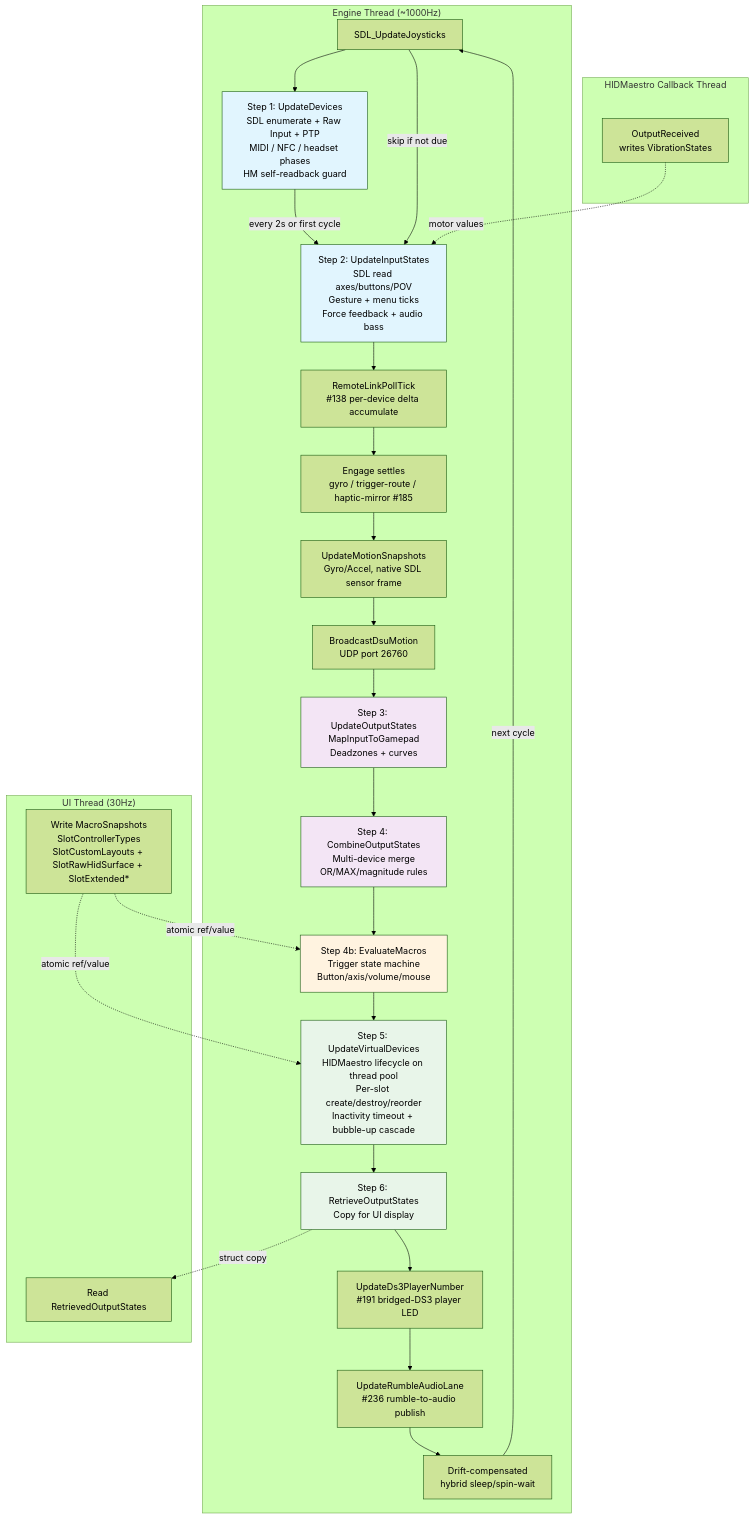
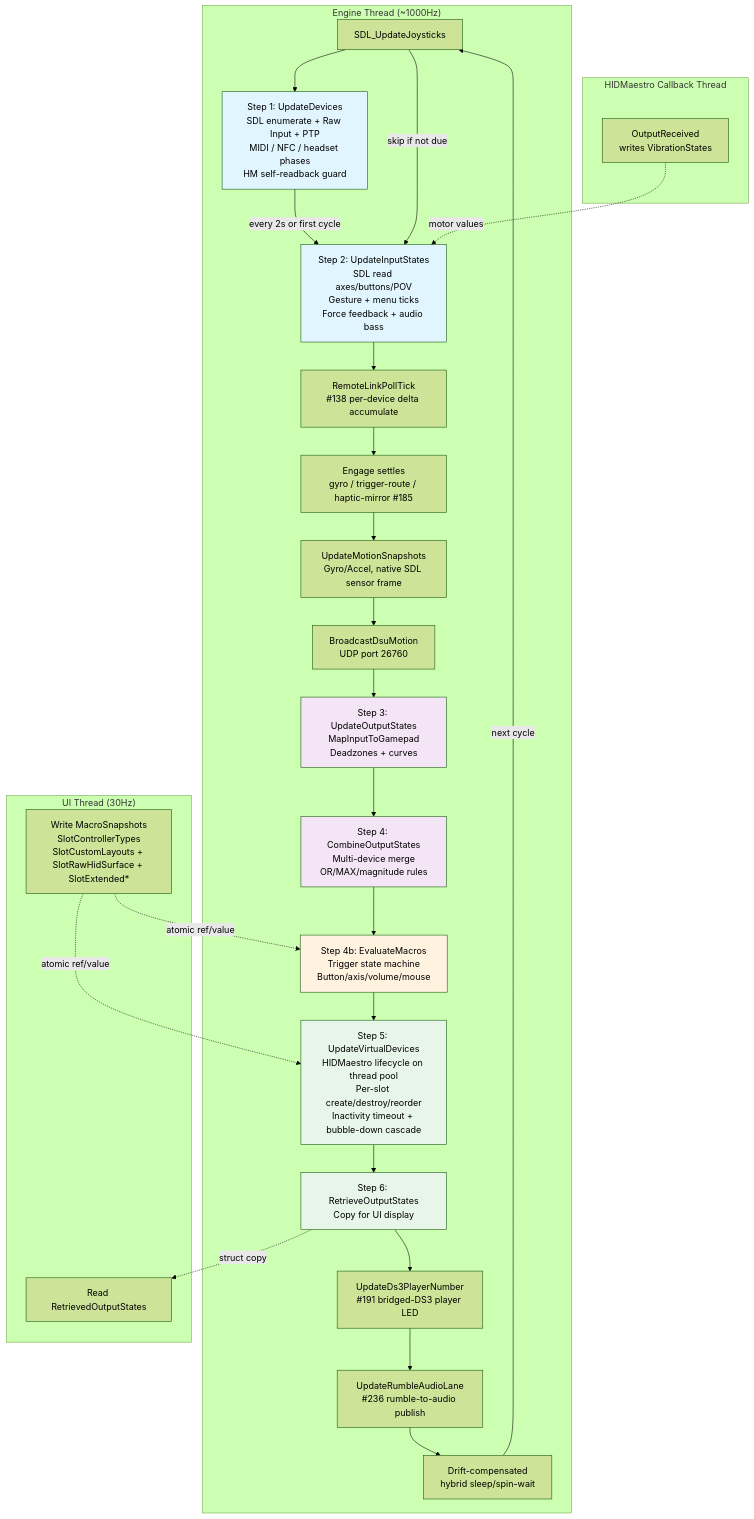
One commit to hifihedgehog/padforge.org changed the diagram in wiki/reference/input-pipeline.md. Above: the diagram before and after it, drawn with Mermaid (forest theme). The commit also changed other lines of this file and 143 other files, not shown here.

````diff
--- a/wiki/reference/input-pipeline.md
+++ b/wiki/reference/input-pipeline.md
@@ -9,59 +9,59 @@
 ```mermaid
 graph TD
     subgraph "Engine Thread (~1000Hz)"
         SDL[SDL_UpdateJoysticks]
         S1[Step 1: UpdateDevices<br/>SDL enumerate + Raw Input + PTP<br/>MIDI / NFC / headset phases<br/>HM self-readback guard]
         S2[Step 2: UpdateInputStates<br/>SDL read axes/buttons/POV<br/>Gesture + menu ticks<br/>Force feedback + audio bass]
         RL[RemoteLinkPollTick<br/>#138 per-device delta accumulate]
         ENG[Engage settles<br/>gyro / trigger-route / haptic-mirror #185]
         MS[UpdateMotionSnapshots<br/>Gyro/Accel, native SDL sensor frame]
         DSU[BroadcastDsuMotion<br/>UDP port 26760]
         S3[Step 3: UpdateOutputStates<br/>MapInputToGamepad<br/>Deadzones + curves]
         S4[Step 4: CombineOutputStates<br/>Multi-device merge<br/>OR/MAX/magnitude rules]
         S4b[Step 4b: EvaluateMacros<br/>Trigger state machine<br/>Button/axis/volume/mouse]
-        S5[Step 5: UpdateVirtualDevices<br/>HIDMaestro lifecycle on thread pool<br/>Per-slot create/destroy/reorder<br/>Inactivity timeout + bubble-up cascade]
+        S5[Step 5: UpdateVirtualDevices<br/>HIDMaestro lifecycle on thread pool<br/>Per-slot create/destroy/reorder<br/>Inactivity timeout + bubble-down cascade]
         S6[Step 6: RetrieveOutputStates<br/>Copy for UI display]
         DS3[UpdateDs3PlayerNumber<br/>#191 bridged-DS3 player LED]
         RA[UpdateRumbleAudioLane<br/>#236 rumble-to-audio publish]
         WAIT[Drift-compensated<br/>hybrid sleep/spin-wait]
 
         SDL --> S1
         S1 -->|every 2s or first cycle| S2
         SDL -->|skip if not due| S2
         S2 --> RL
         RL --> ENG
         ENG --> MS
         MS --> DSU
         DSU --> S3
         S3 --> S4
         S4 --> S4b
         S4b --> S5
         S5 --> S6
         S6 --> DS3
         DS3 --> RA
         RA --> WAIT
         WAIT -->|next cycle| SDL
     end
 
     subgraph "UI Thread (30Hz)"
         UI_READ[Read RetrievedOutputStates]
         UI_WRITE[Write MacroSnapshots<br/>SlotControllerTypes<br/>SlotCustomLayouts + SlotRawHidSurface + SlotExtended*]
     end
 
     subgraph "HIDMaestro Callback Thread"
         VIB[OutputReceived<br/>writes VibrationStates]
     end
 
     S6 -.->|struct copy| UI_READ
     UI_WRITE -.->|atomic ref/value| S4b
     UI_WRITE -.->|atomic ref/value| S5
     VIB -.->|motor values| S2
 
     style S1 fill:#e1f5fe
     style S2 fill:#e1f5fe
     style S3 fill:#f3e5f5
     style S4 fill:#f3e5f5
     style S4b fill:#fff3e0
     style S5 fill:#e8f5e9
     style S6 fill:#e8f5e9
 ```
````
